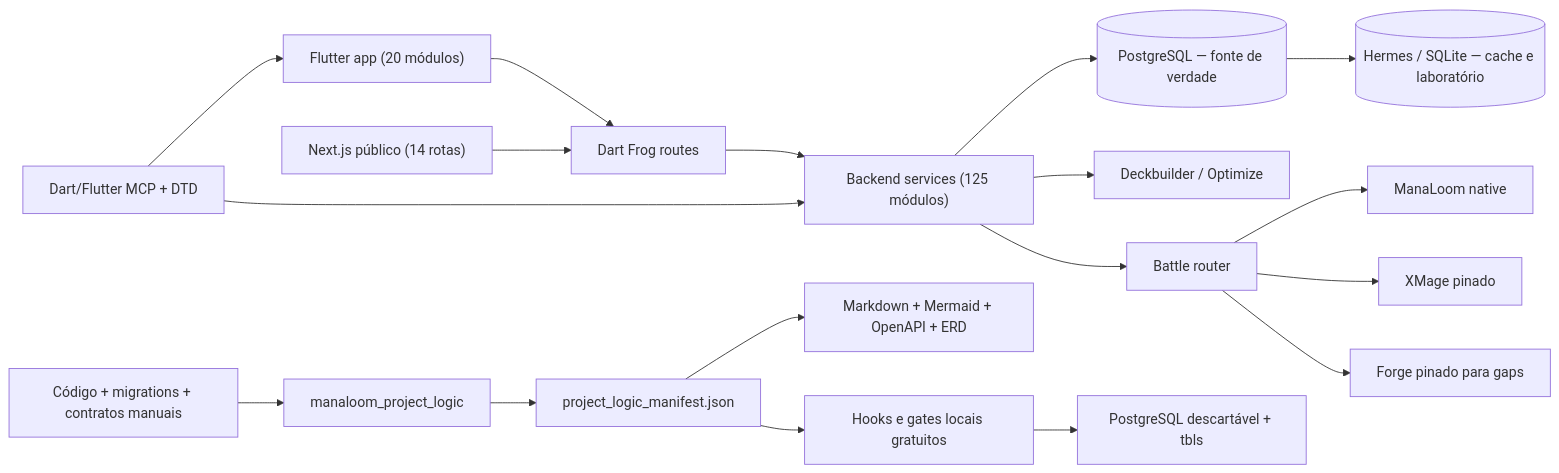
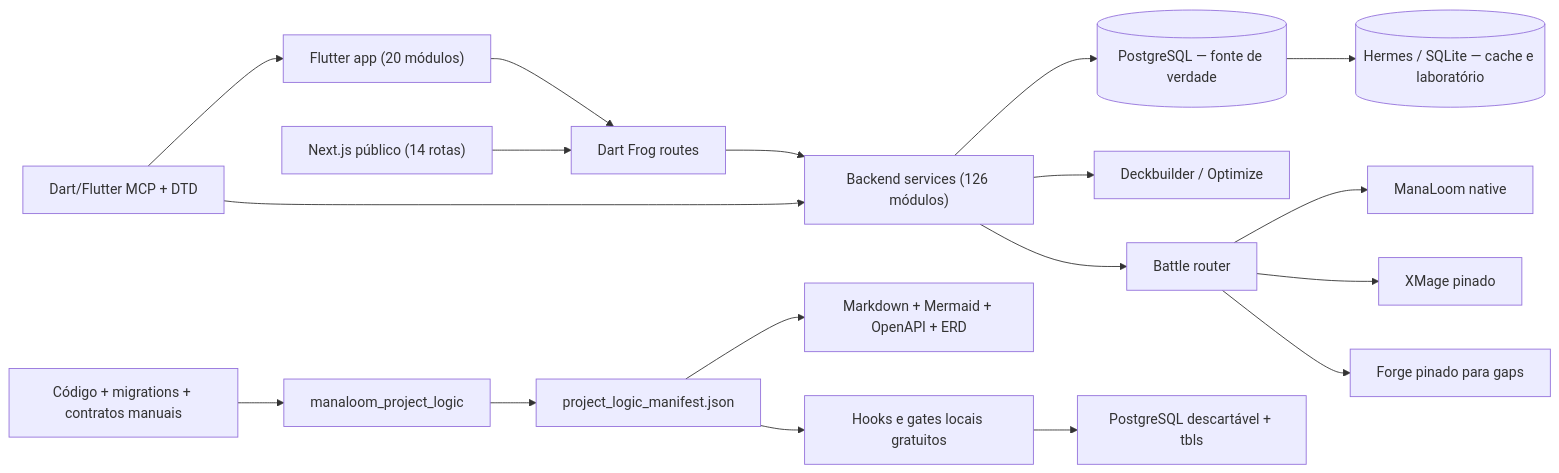
One commit to softwarePredador/mtgia changed the diagram in docs/generated/ARCHITECTURE.md. Above: the diagram before and after it, drawn with Mermaid. The commit also changed 135 other files, not shown here.

````diff
--- a/docs/generated/ARCHITECTURE.md
+++ b/docs/generated/ARCHITECTURE.md
@@ -5,20 +5,20 @@
 ```mermaid
 flowchart LR
     UI["Flutter app (20 módulos)"] --> API["Dart Frog routes"]
     WEB["Next.js público (14 rotas)"] --> API
-    API --> DOMAIN["Backend services (125 módulos)"]
+    API --> DOMAIN["Backend services (126 módulos)"]
     DOMAIN --> PG[("PostgreSQL — fonte de verdade")]
     DOMAIN --> AI["Deckbuilder / Optimize"]
     DOMAIN --> BATTLE["Battle router"]
     BATTLE --> NATIVE["ManaLoom native"]
     BATTLE --> XMAGE["XMage pinado"]
     BATTLE --> FORGE["Forge pinado para gaps"]
     PG --> HERMES[("Hermes / SQLite — cache e laboratório")]
     SRC["Código + migrations + contratos manuais"] --> GEN["manaloom_project_logic"]
     GEN --> MANIFEST["project_logic_manifest.json"]
     MANIFEST --> DOCS["Markdown + Mermaid + OpenAPI + ERD"]
     MANIFEST --> LOCAL["Hooks e gates locais gratuitos"]
     LOCAL --> TBLS["PostgreSQL descartável + tbls"]
     MCP["Dart/Flutter MCP + DTD"] --> UI
     MCP --> DOMAIN
 ```
````
